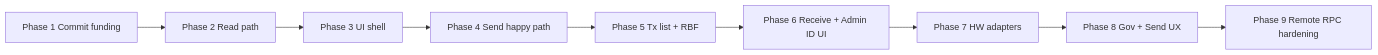
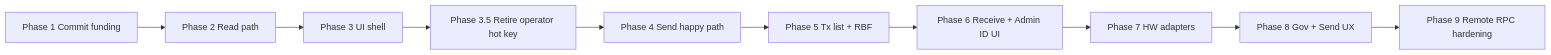
The diagram in docs/specs/admin-wallet-implementation-plan.md (wakeuplabs-io/alpen-multisig), drawn with Mermaid before and after one commit. The commit also changed other lines of this file, not shown here.

First line of the commit message:
docs: add Phase 3.5 to retire OPERATOR_SECRET_KEY_HEX

````diff
--- a/docs/specs/admin-wallet-implementation-plan.md
+++ b/docs/specs/admin-wallet-implementation-plan.md
@@ -72,11 +73,12 @@
 ```mermaid
 flowchart LR
   P1[Phase 1 Commit funding] --> P2[Phase 2 Read path]
   P2 --> P3[Phase 3 UI shell]
-  P3 --> P4[Phase 4 Send happy path]
+  P3 --> P35[Phase 3.5 Retire operator hot key]
+  P35 --> P4[Phase 4 Send happy path]
   P4 --> P5[Phase 5 Tx list + RBF]
   P5 --> P6[Phase 6 Receive + Admin ID UI]
   P6 --> P7[Phase 7 HW adapters]
   P7 --> P8[Phase 8 Gov + Send UX]
   P8 --> P9[Phase 9 Remote RPC hardening]
 ```
````
